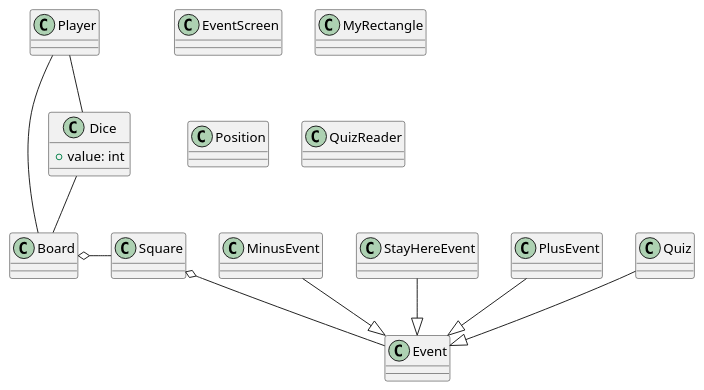
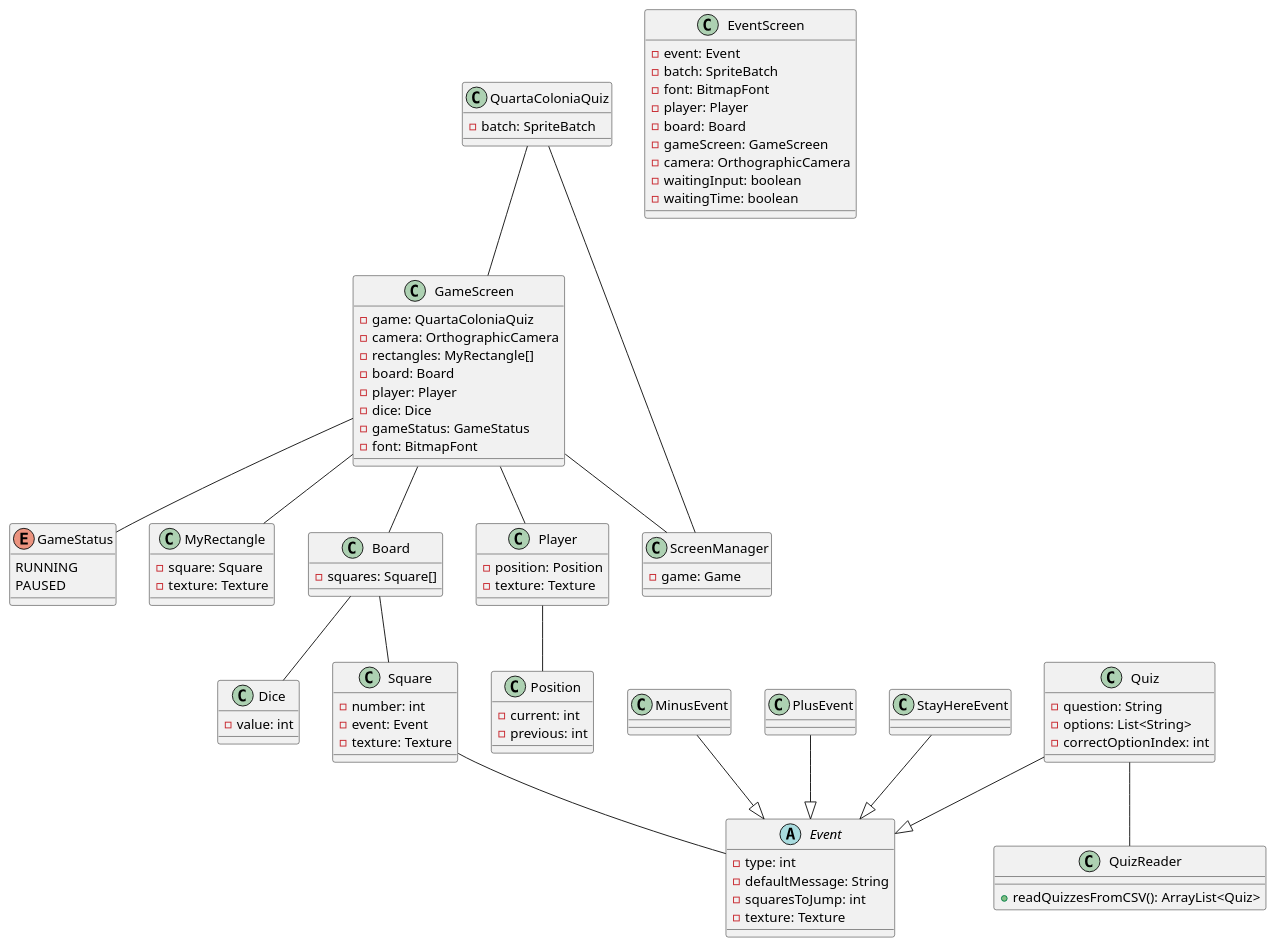
The diagram in class_diagram.plantuml (rtgatto/game-2023b-quartacoloniaquiz), drawn with PlantUML before and after one commit.

Commit message:
versão

```diff
--- a/class_diagram.plantuml
+++ b/class_diagram.plantuml
@@ -1,36 +1,116 @@
-@startuml QuartaColoniaQuiz
+@startuml
 
-class Dice
-{
-    + value: int
+class QuartaColoniaQuiz {
+    -batch: SpriteBatch
+}
 
+class GameScreen {
+    -game: QuartaColoniaQuiz
+    -camera: OrthographicCamera
+    -rectangles: MyRectangle[]
+    -board: Board
+    -player: Player
+    -dice: Dice
+    -gameStatus: GameStatus
+    -font: BitmapFont
 }
-class Player
-class Board
-class Square
-class EventScreen
-class MyRectangle
-class MinusEvent
-class Position
-class QuizReader
-class StayHereEvent
 
-Board o-R- Square
-Board -L- Player
+class EventScreen {
+    -event: Event
+    -batch: SpriteBatch
+    -font: BitmapFont
+    -player: Player
+    -board: Board
+    -gameScreen: GameScreen
+    -camera: OrthographicCamera
+    -waitingInput: boolean
+    -waitingTime: boolean
+}
 
-Player -- Dice
+enum GameStatus {
+    RUNNING
+    PAUSED
+}
 
-Square o-- Event
+class MyRectangle {
+    -square: Square
+    -texture: Texture
+}
 
+class ScreenManager {
+    -game: Game
+}
+
+class Board {
+    -squares: Square[]
+}
+
+class Dice {
+    -value: int
+}
+
+abstract class Event {
+    -type: int
+    -defaultMessage: String
+    -squaresToJump: int
+    -texture: Texture
+}
+
+class MinusEvent {
+}
+
+class Player {
+    -position: Position
+    -texture: Texture
+}
+
+class PlusEvent {
+}
+
+class Position {
+    -current: int
+    -previous: int
+}
+
+class Quiz {
+    -question: String
+    -options: List<String>
+    -correctOptionIndex: int
+}
+
+class QuizReader {
+    +readQuizzesFromCSV(): ArrayList<Quiz>
+}
+
+class Square {
+    -number: int
+    -event: Event
+    -texture: Texture
+}
+
+class StayHereEvent {
+}
+
+QuartaColoniaQuiz -- ScreenManager
+QuartaColoniaQuiz -- GameScreen
+
+GameScreen -- MyRectangle
+GameScreen -- GameStatus
+GameScreen -- ScreenManager
+GameScreen -- Board
+GameScreen -- Player
+
+Player -- Position
+
+Board -- Dice
+Board -- Square
+Square -- Event
+
+StayHereEvent --|> Event
+MinusEvent --|> Event
 PlusEvent --|> Event
-MinusEvent --|> Event
 Quiz --|> Event
-StayHereEvent --|> Event
 
-Dice -- Board
-
-
-
-
+Quiz -- QuizReader
 
 @enduml
```
